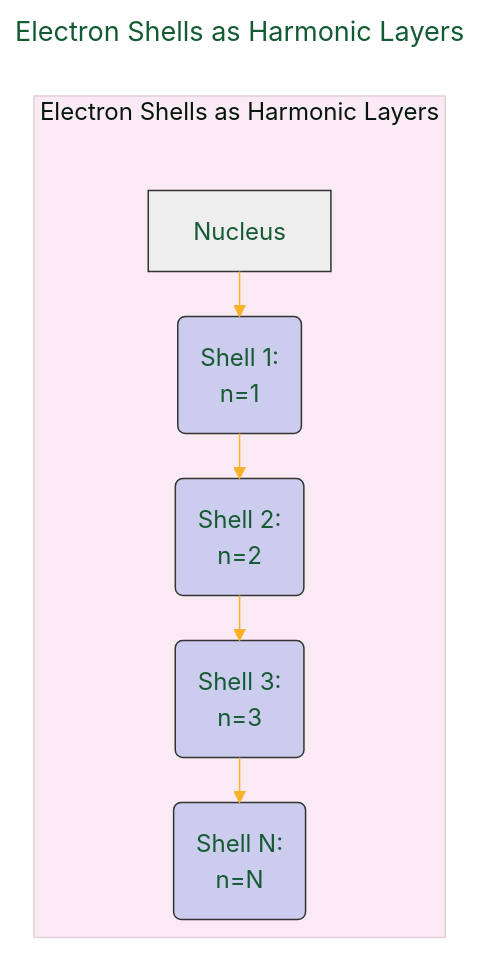
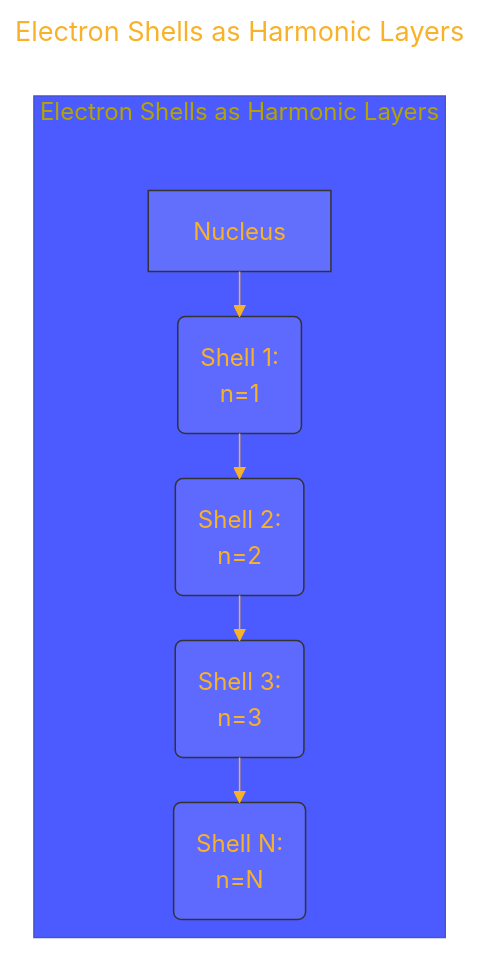
The second of 10 diagrams in Quantum_Harmonic_Atomic_Model/Quantum_Harmonic_Atomic_Model_Draft_6.md (CongLeSolutionX/Harmonic_Atomica), drawn with Mermaid before and after one commit. The commit also changed other lines of this file and 1 other file, not shown here.

````diff
--- a/Quantum_Harmonic_Atomic_Model/Quantum_Harmonic_Atomic_Model_Draft_6.md
+++ b/Quantum_Harmonic_Atomic_Model/Quantum_Harmonic_Atomic_Model_Draft_6.md
@@ -71,45 +71,45 @@
 ```mermaid
 ---
 title: "Electron Shells as Harmonic Layers"
 author: "Cong Le"
 version: "1.0"
 license(s): "MIT, CC BY 4.0"
 copyright: "Copyright (c) 2025 Cong Le. All Rights Reserved."
 config:
   layout: elk
   theme: base
 ---
 %%%%%%%% Mermaid version v11.4.1-b.14
 %%%%%%%% Available curve styles include the following keywords:
 %% basis, bumpX, bumpY, cardinal, catmullRom, linear, monotoneX, monotoneY, natural, step, stepAfter, stepBefore.
 %%{
   init: {
     'flowchart': { 'htmlLabels': false, 'curve': 'linear' },
     'fontFamily': 'Monaco',
     'themeVariables': {
-      'primaryColor': '#D5F5E3',
-      'primaryTextColor': '#145A32',
+      'primaryColor': '#FE3',
+      'primaryTextColor': '#F8B229',
       'lineColor': '#F8B229',
       'primaryBorderColor': '#27AE60',
       'secondaryColor': '#EBDEF0',
       'secondaryTextColor': '#6C3483',
       'secondaryBorderColor': '#A569BD'
     }
   }
 }%%
 graph LR
     subgraph Harmonic_Layers["Electron Shells as Harmonic Layers"]
     direction TB
         A["Nucleus"] --> B("Shell 1:<br/> n=1")
         B --> C("Shell 2:<br/> n=2")
         C --> D("Shell 3:<br/> n=3")
         D --> E("Shell N:<br/> n=N")
     end
     
-    style A fill:#eee,stroke:#333,stroke-width:1px
-    style B fill:#cce,stroke:#333,stroke-width:1px
-    style C fill:#cce,stroke:#333,stroke-width:1px
-    style D fill:#cce,stroke:#333,stroke-width:1px
-    style E fill:#cce,stroke:#333,stroke-width:1px
+    style A fill:#eee2,stroke:#333,stroke-width:1px
+    style B fill:#cce2,stroke:#333,stroke-width:1px
+    style C fill:#cce2,stroke:#333,stroke-width:1px
+    style D fill:#cce2,stroke:#333,stroke-width:1px
+    style E fill:#cce2,stroke:#333,stroke-width:1px
     
 ```
````
